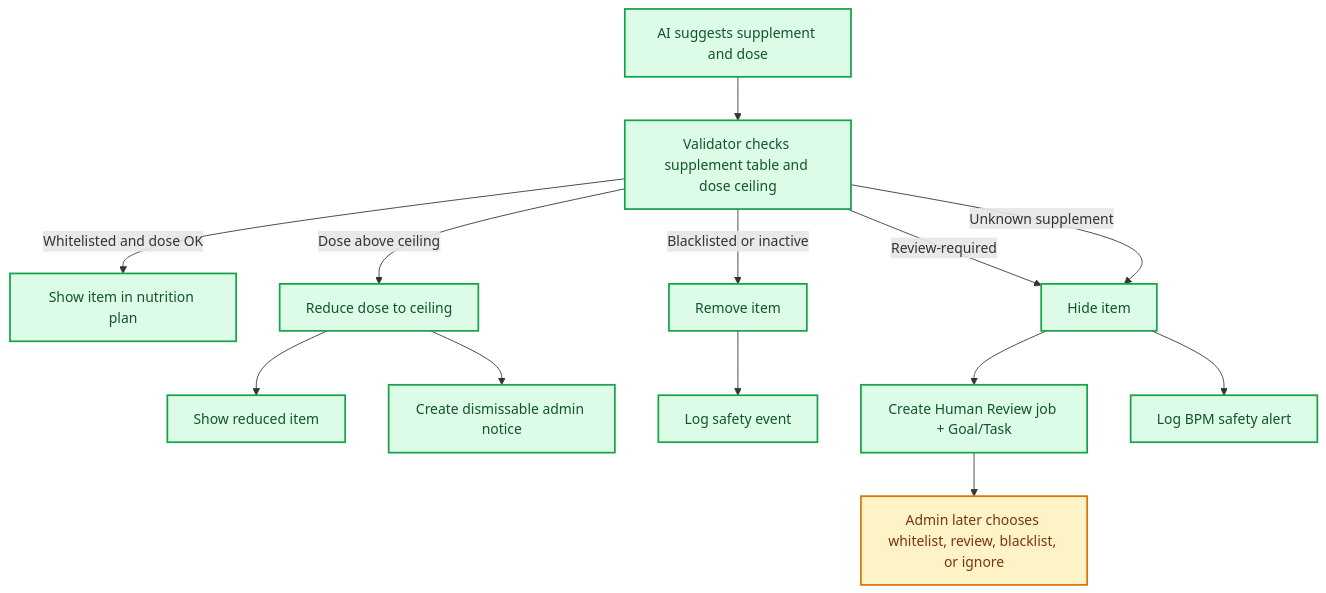
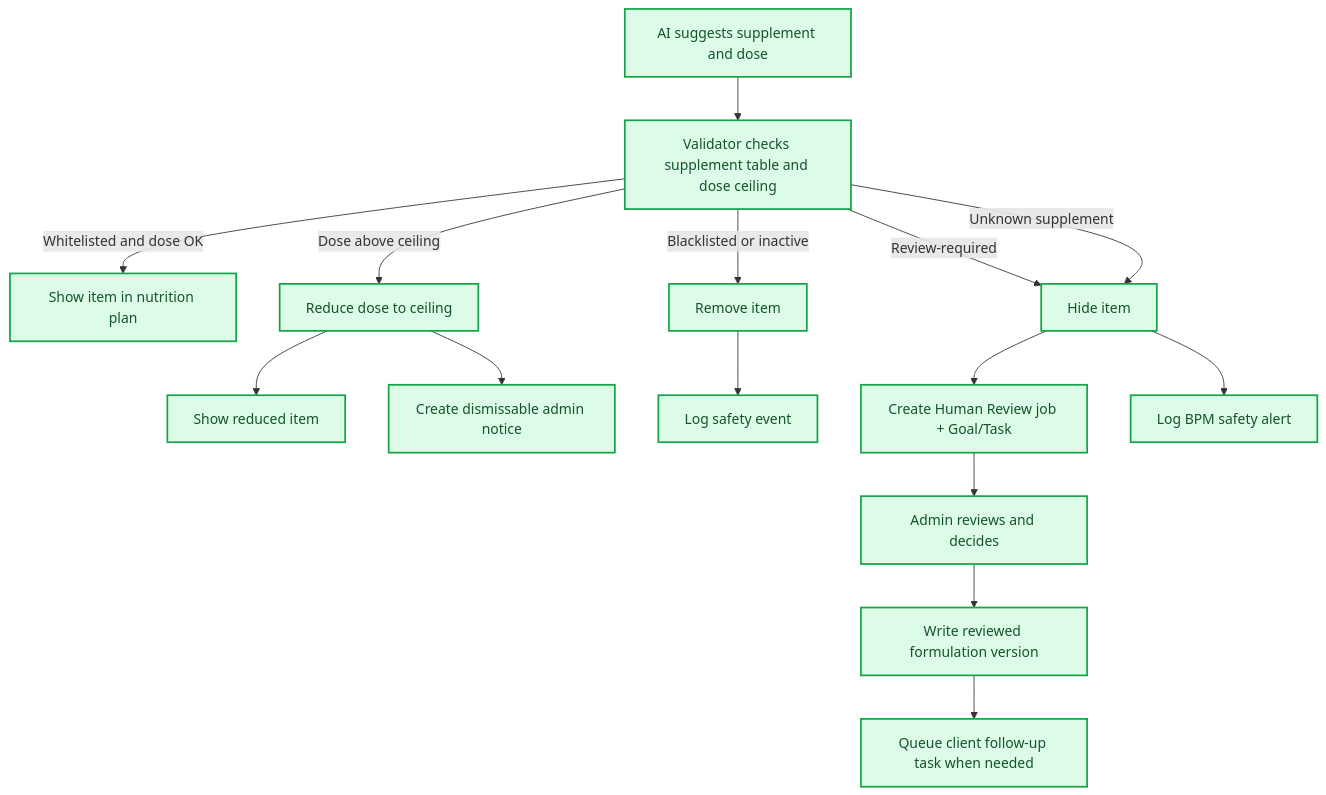
One commit to ni33les/mattanutra-ui changed the second of 2 diagrams in docs/business_blueprint.md. Above: the diagram before and after it, drawn with Mermaid. The commit also changed other lines of this file and 3 other files, not shown here.

````diff
--- a/docs/business_blueprint.md
+++ b/docs/business_blueprint.md
@@ -262,22 +262,23 @@
 ```mermaid
 flowchart TB
   A["AI suggests supplement and dose"] --> B["Validator checks supplement table and dose ceiling"]
   B -->|Whitelisted and dose OK| C["Show item in nutrition plan"]
   B -->|Dose above ceiling| D["Reduce dose to ceiling"]
   D --> E["Show reduced item"]
   D --> F["Create dismissable admin notice"]
   B -->|Blacklisted or inactive| G["Remove item"]
   G --> H["Log safety event"]
   B -->|Review-required| I["Hide item"]
   B -->|Unknown supplement| I
   I --> J["Create Human Review job + Goal/Task"]
   I --> K["Log BPM safety alert"]
-  J --> L["Admin later chooses whitelist, review, blacklist, or ignore"]
+  J --> L["Admin reviews and decides"]
+  L --> M["Write reviewed formulation version"]
+  M --> N["Queue client follow-up task when needed"]
 
   classDef done fill:#dcfce7,stroke:#16a34a,color:#14532d,stroke-width:2px;
   classDef partial fill:#fef3c7,stroke:#d97706,color:#78350f,stroke-width:2px;
   classDef todo fill:#ffffff,stroke:#94a3b8,color:#334155,stroke-width:1px;
 
-  class A,B,C,D,E,F,G,H,I,J,K done;
-  class L partial;
+  class A,B,C,D,E,F,G,H,I,J,K,L,M,N done;
 ```
````
